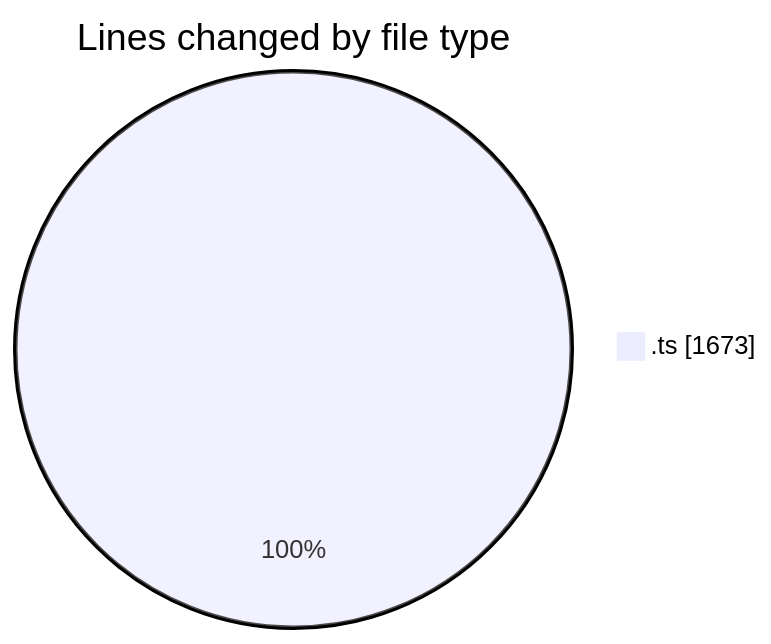
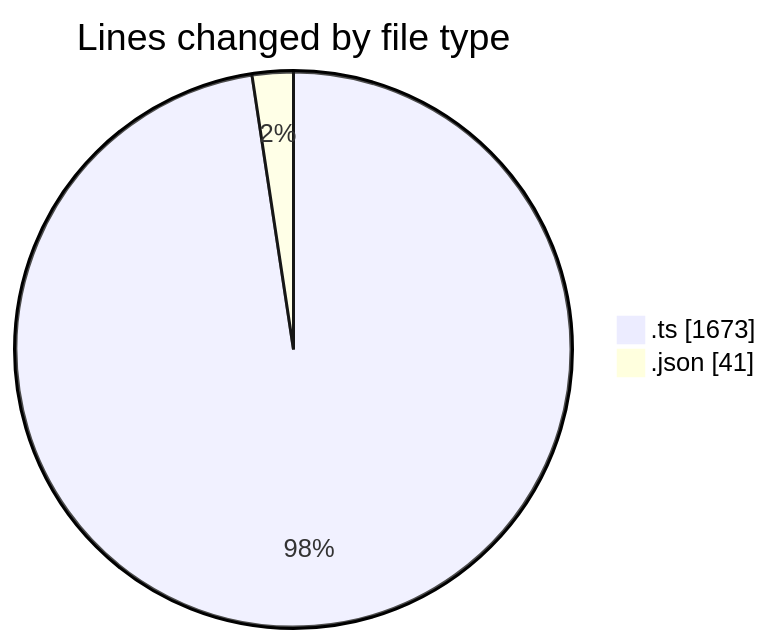
Before and after one commit to momahboobian/code-tracking: the first of 2 diagrams in 2025-07-30/cda/README.md, drawn with Mermaid. The commit also changed other lines of this file and 1 other file, not shown here.

````diff
--- a/2025-07-30/cda/README.md
+++ b/2025-07-30/cda/README.md
@@ -22,5 +23,6 @@
 ```mermaid
 pie showData
 title Lines changed by file type
 ".ts" : 1673
+".json" : 41
 ```
````
